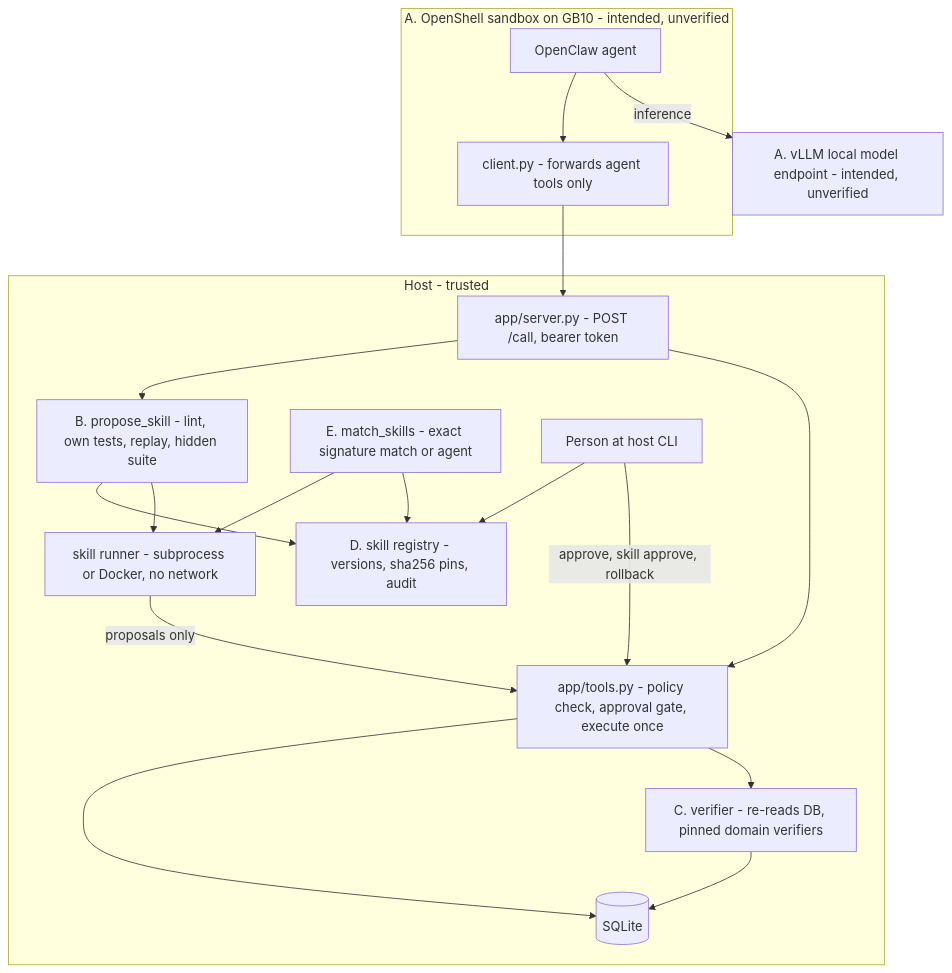
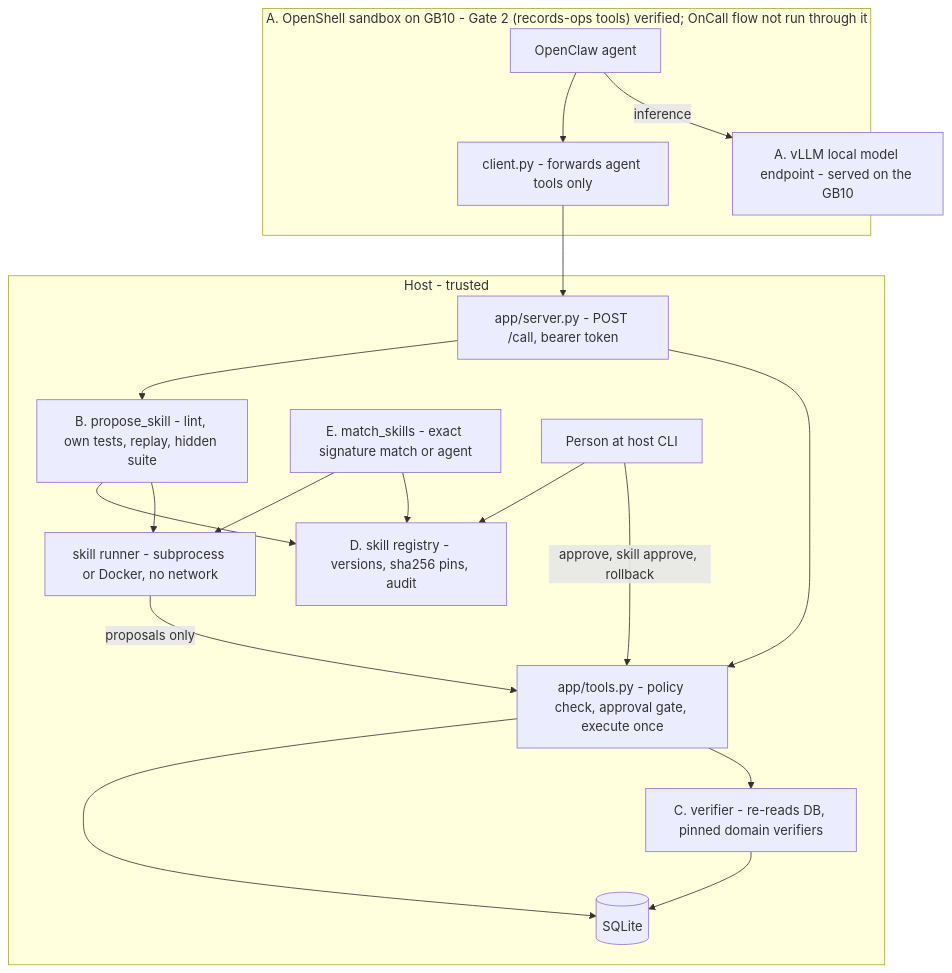
The diagram in docs/ARCHITECTURE.md (dude297/skillforge_main), drawn with Mermaid before and after one commit. The commit also changed other lines of this file and 22 other files, not shown here.

````diff
--- a/docs/ARCHITECTURE.md
+++ b/docs/ARCHITECTURE.md
@@ -7,34 +10,34 @@
 ```mermaid
 flowchart TB
-  subgraph SB["A. OpenShell sandbox on GB10 - intended, unverified"]
+  subgraph SB["A. OpenShell sandbox on GB10 - Gate 2 (records-ops tools) verified; OnCall flow not run through it"]
     Agent["OpenClaw agent"]
     Client["client.py - forwards agent tools only"]
   end
-  VLLM["A. vLLM local model endpoint - intended, unverified"]
+  VLLM["A. vLLM local model endpoint - served on the GB10"]
   subgraph HOST["Host - trusted"]
     Service["app/server.py - POST /call, bearer token"]
     Tools["app/tools.py - policy check, approval gate, execute once"]
     Verifier["C. verifier - re-reads DB, pinned domain verifiers"]
     Synth["B. propose_skill - lint, own tests, replay, hidden suite"]
     Registry["D. skill registry - versions, sha256 pins, audit"]
     Matcher["E. match_skills - exact signature match or agent"]
     Runner["skill runner - subprocess or Docker, no network"]
     DB[("SQLite")]
     Person["Person at host CLI"]
   end
   Agent -- inference --> VLLM
   Agent --> Client
   Client --> Service
   Service --> Tools
   Service --> Synth
   Tools --> Verifier
   Tools --> DB
   Verifier --> DB
   Synth --> Runner
   Synth --> Registry
   Matcher --> Registry
   Matcher --> Runner
   Runner -- "proposals only" --> Tools
   Person -- "approve, skill approve, rollback" --> Tools
   Person --> Registry
 ```
````
